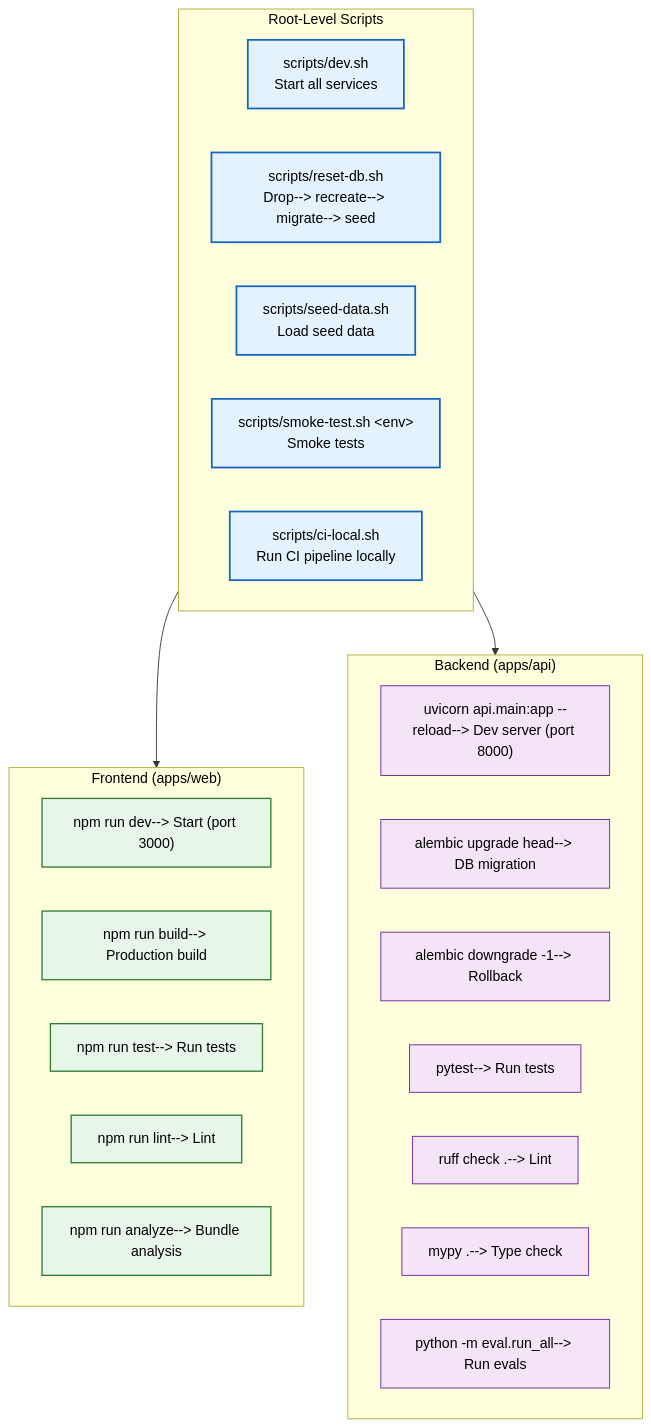
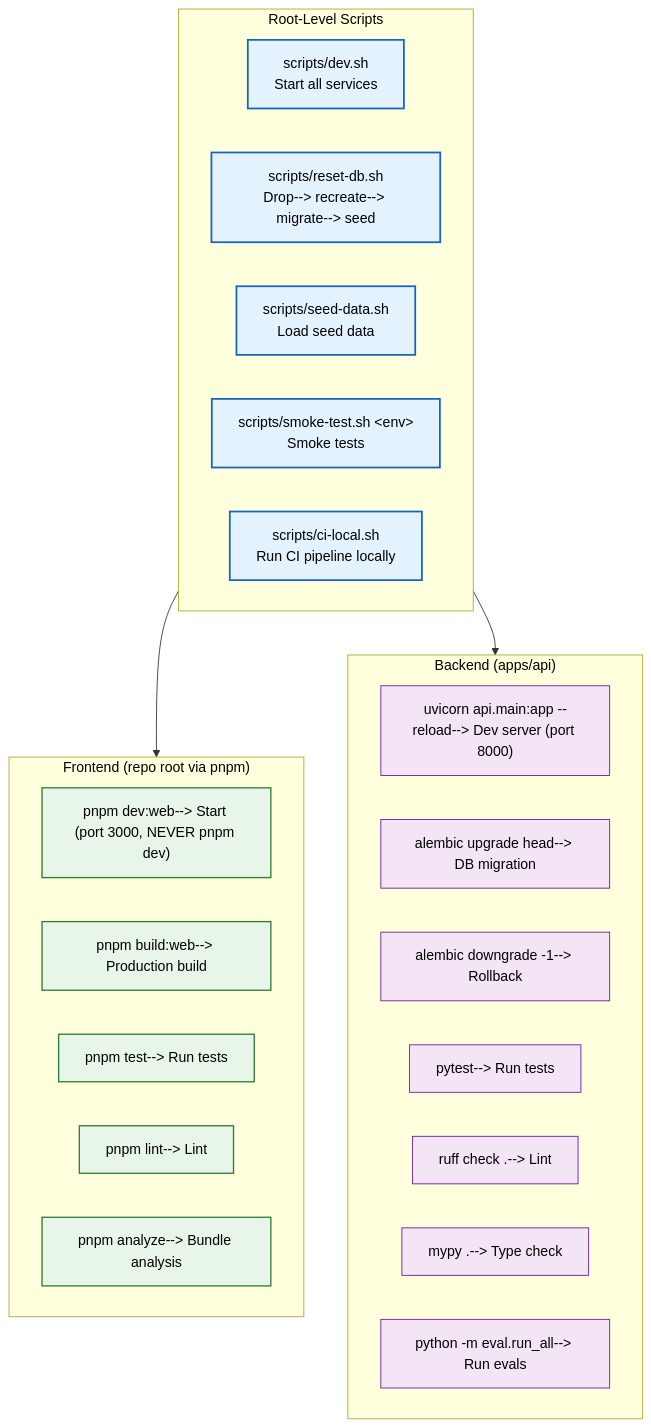
Before and after one commit to Driftloom/Vaeloom: the diagram in docs/developer-experience/Scripts.md, drawn with Mermaid. The commit also changed other lines of this file and 47 other files, not shown here.

````diff
--- a/docs/developer-experience/Scripts.md
+++ b/docs/developer-experience/Scripts.md
@@ -7,39 +7,39 @@
 ```mermaid
 graph TD
  classDef root fill:#e3f2fd,stroke:#1565c0,color:#000,stroke-width:2px
  classDef web fill:#e8f5e9,stroke:#2e7d32,color:#000,stroke-width:1.5px
  classDef api fill:#fff3e0,stroke:#e65100,color:#000,stroke-width:1.5px
  classDef ai fill:#f3e5f5,stroke:#6a1b9a,color:#000,stroke-width:1px
 
  subgraph Root["Root-Level Scripts"]
  R1["scripts/dev.sh<br/>Start all services"]
  R2["scripts/reset-db.sh<br/>Drop--> recreate--> migrate--> seed"]
  R3["scripts/seed-data.sh<br/>Load seed data"]
  R4["scripts/smoke-test.sh &lt;env&gt;<br/>Smoke tests"]
  R5["scripts/ci-local.sh<br/>Run CI pipeline locally"]
  end
 
- subgraph Frontend["Frontend (apps/web)"]
- F1["npm run dev--> Start (port 3000)"]
- F2["npm run build--> Production build"]
- F3["npm run test--> Run tests"]
- F4["npm run lint--> Lint"]
- F5["npm run analyze--> Bundle analysis"]
+  subgraph Frontend["Frontend (repo root via pnpm)"]
+  F1["pnpm dev:web--> Start (port 3000, NEVER pnpm dev)"]
+  F2["pnpm build:web--> Production build"]
+  F3["pnpm test--> Run tests"]
+  F4["pnpm lint--> Lint"]
+  F5["pnpm analyze--> Bundle analysis"]
  end
 
  subgraph Backend["Backend (apps/api)"]
  B1["uvicorn api.main:app --reload--> Dev server (port 8000)"]
  B2["alembic upgrade head--> DB migration"]
  B3["alembic downgrade -1--> Rollback"]
  B4["pytest--> Run tests"]
  B5["ruff check .--> Lint"]
  B6["mypy .--> Type check"]
  B7["python -m eval.run_all--> Run evals"]
  end
 
  Root--> Frontend & Backend
 
  class R1,R2,R3,R4,R5 root
  class F1,F2,F3,F4,F5 web
  class B1,B2,B3,B4,B5,B6,B7 ai
 ```
````
